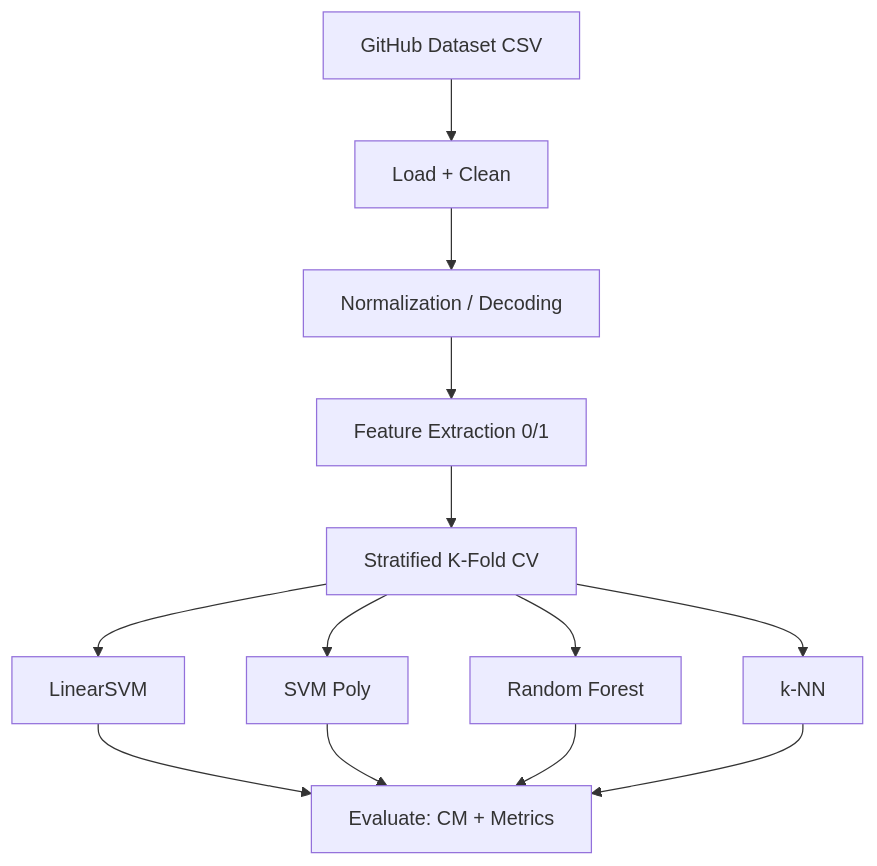
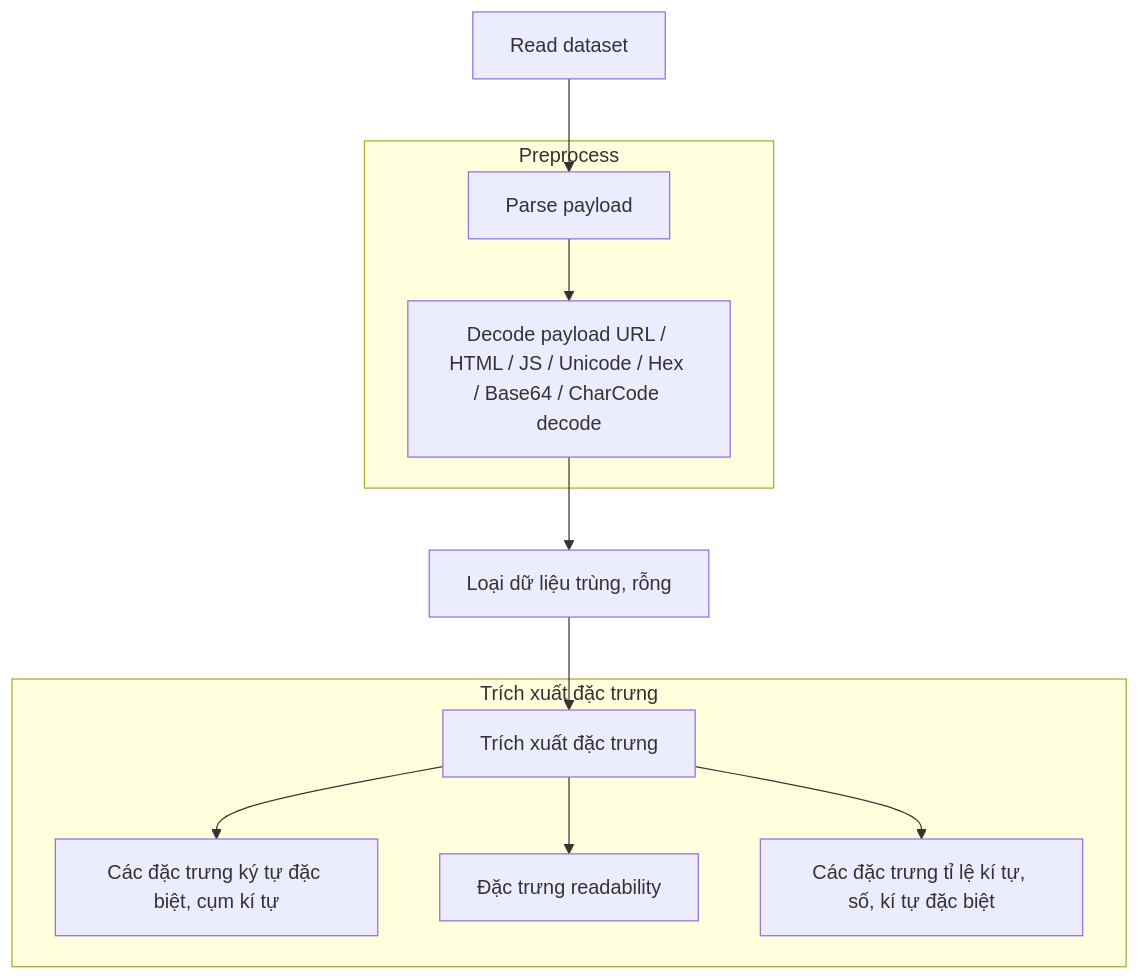
Before and after one commit to Tu4n4nh/HocMayTrongATTT: the first of 2 diagrams in README.md, drawn with Mermaid. The commit also changed other lines of this file, not shown here.

````diff
--- a/README.md
+++ b/README.md
@@ -79,23 +93,21 @@
 ```mermaid
 flowchart TD
-    A[GitHub Dataset CSV]
-    B[Load + Clean]
-    C[Normalization / Decoding]
-    D[Feature Extraction 0/1]
-    E[Stratified K-Fold CV]
-    F1[LinearSVM]
-    F2[SVM Poly]
-    F3[Random Forest]
-    F4[k-NN]
-    G[Evaluate: CM + Metrics]
+  A[Read dataset] --> B1[Parse payload]
 
-    A --> B --> C --> D --> E
-    E --> F1
-    E --> F2
-    E --> F3
-    E -->F4
-    F1 --> G
-    F2 --> G
-    F3 --> G
-    F4 --> G
+  %% ===== Preprocess Block =====
+  subgraph PREPROCESS[Preprocess]
+    B1 --> B2[Decode payload URL / HTML / JS / Unicode / Hex / Base64 / CharCode decode]
+  end
+
+  B2 --> C[Loại dữ liệu trùng, rỗng]
+
+  %% ===== Extract Block =====
+  subgraph Trích xuất đặc trưng
+  E[Trích xuất đặc trưng]
+  E --> E1[Các đặc trưng ký tự đặc biệt, cụm kí tự]
+  E --> E2[Đặc trưng readability]
+  E --> E3[Các đặc trưng tỉ lệ kí tự, số, kí tự đặc biệt]
+  end
+
+  C --> E
 ```
````
